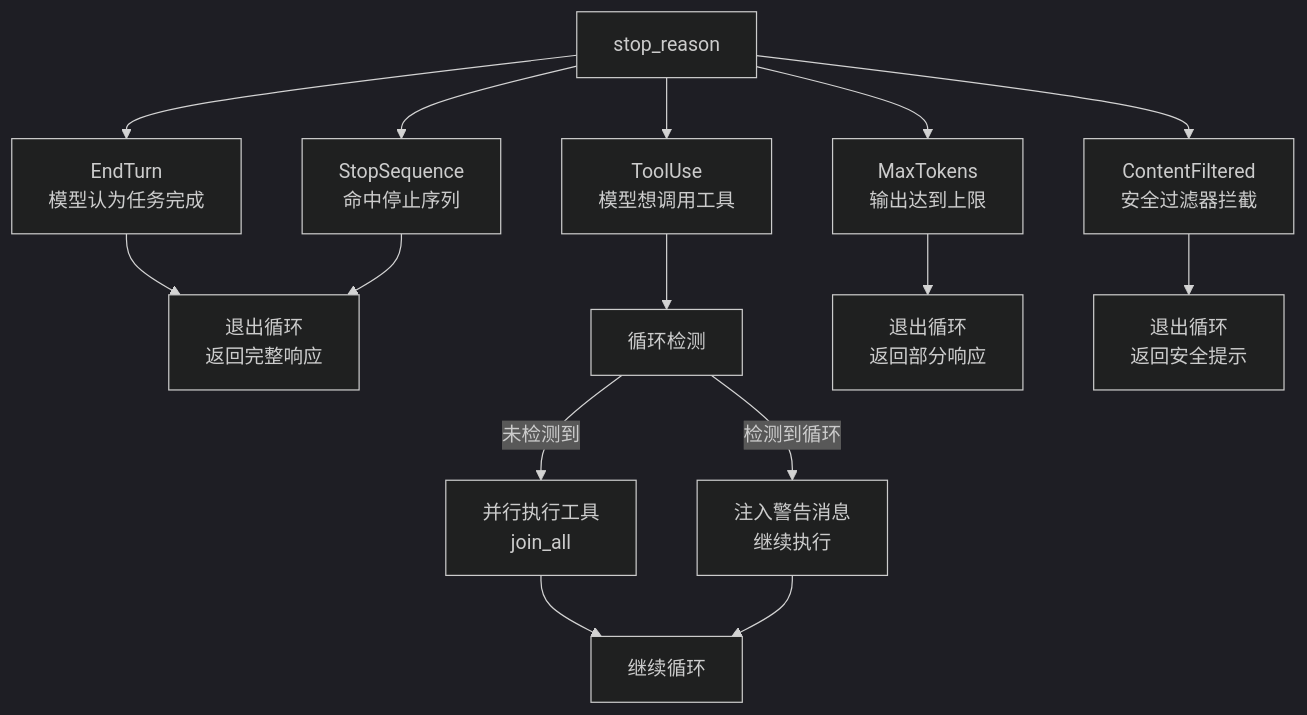
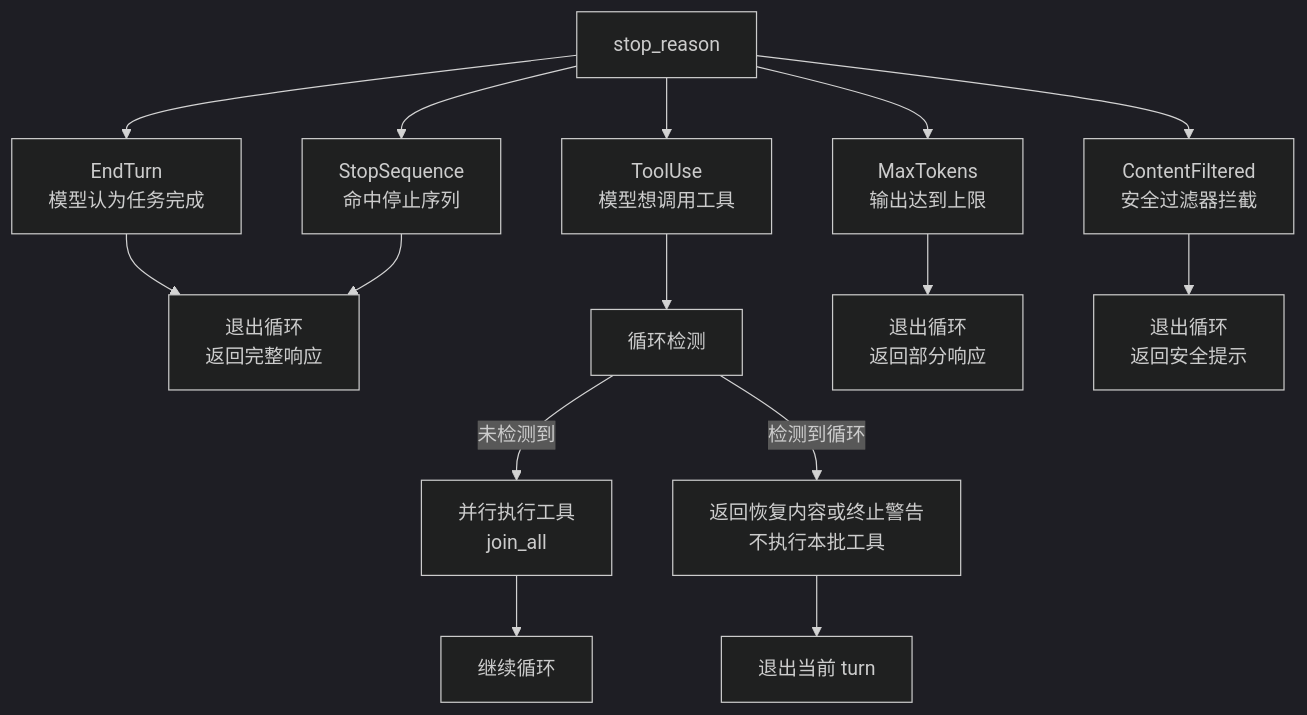
One commit to ZhangHanDong/octos-book changed the second of 3 diagrams in book/src/part2/ch05.md. Above: the diagram before and after it, drawn with Mermaid (dark theme). The commit also changed other lines of this file and 3 other files, not shown here.

````diff
--- a/book/src/part2/ch05.md
+++ b/book/src/part2/ch05.md
@@ -238,18 +256,18 @@
 ```mermaid
 flowchart TD
     SR["stop_reason"] --> ET["EndTurn<br/>模型认为任务完成"]
     SR --> TU["ToolUse<br/>模型想调用工具"]
     SR --> MT["MaxTokens<br/>输出达到上限"]
     SR --> SS["StopSequence<br/>命中停止序列"]
     SR --> CF["ContentFiltered<br/>安全过滤器拦截"]
 
     ET --> Return1["退出循环<br/>返回完整响应"]
     SS --> Return1
     TU --> LD["循环检测"]
     LD -->|"未检测到"| ToolExec["并行执行工具<br/>join_all"]
-    LD -->|"检测到循环"| Warn["注入警告消息<br/>继续执行"]
+    LD -->|"检测到循环"| Warn["返回恢复内容或终止警告<br/>不执行本批工具"]
     ToolExec --> Continue["继续循环"]
-    Warn --> Continue
+    Warn --> ReturnLoop["退出当前 turn"]
     MT --> Return2["退出循环<br/>返回部分响应"]
     CF --> Return3["退出循环<br/>返回安全提示"]
 ```
````
